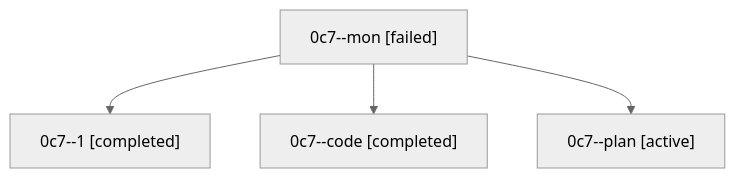
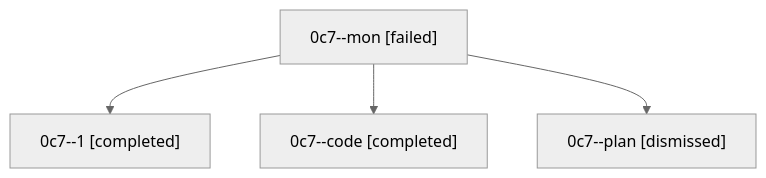
One commit to sase-org/sase--agents changed the diagram in sessions/bbugyi200.athena.0c7.md. Above: the diagram before and after it, drawn with Mermaid (neutral theme). The commit also changed other lines of this file and 12 other files, not shown here.

````diff
--- a/sessions/bbugyi200.athena.0c7.md
+++ b/sessions/bbugyi200.athena.0c7.md
@@ -9,10 +9,10 @@
 ```mermaid
 flowchart TD
   n0["0c7--mon [failed]"]
   n1["0c7--1 [completed]"]
   n0 --> n1
   n2["0c7--code [completed]"]
   n0 --> n2
-  n3["0c7--plan [active]"]
+  n3["0c7--plan [dismissed]"]
   n0 --> n3
 ```
````
